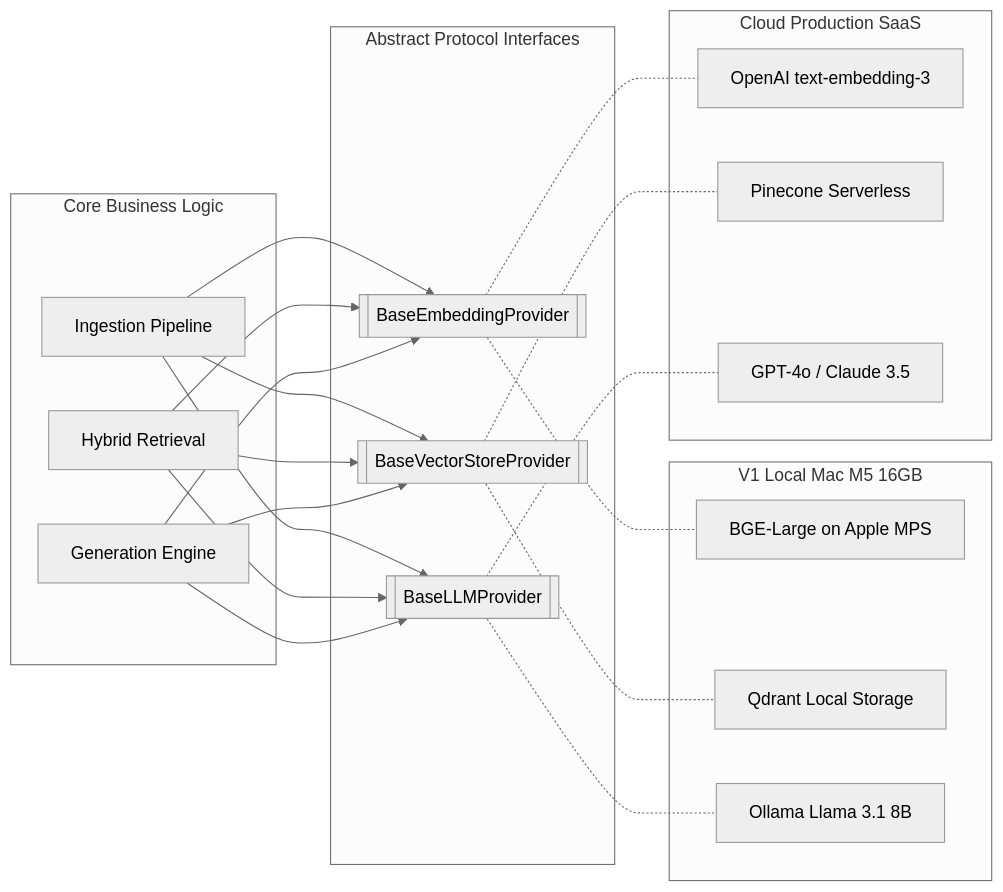
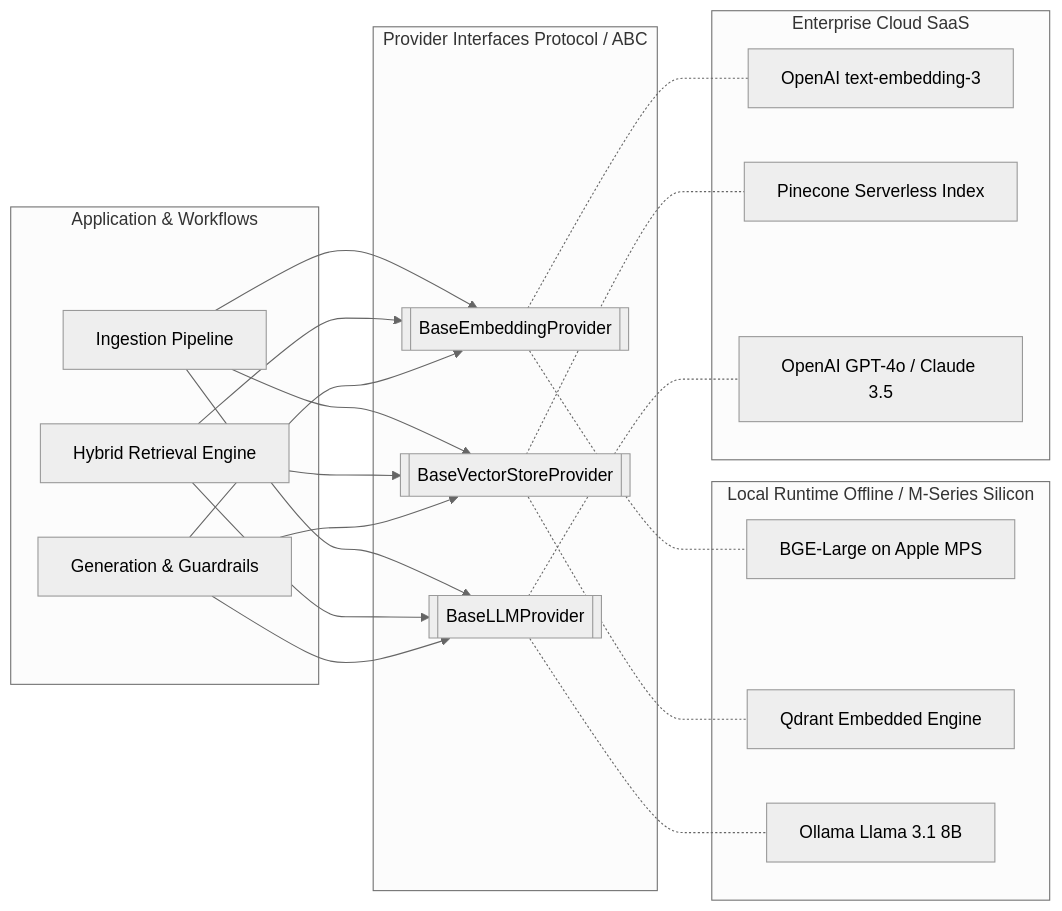
Before and after one commit to ChinmoyJyotiKathar/Invariable-Docs: the first of 3 diagrams in INTERVIEW_REVISION_GUIDE.md, drawn with Mermaid (neutral theme). The commit also changed other lines of this file, not shown here.

Commit message:
docs: standardize and refine architecture and interview reference guide

````diff
--- a/INTERVIEW_REVISION_GUIDE.md
+++ b/INTERVIEW_REVISION_GUIDE.md
@@ -11,31 +11,31 @@
 ```mermaid
 graph LR
-    subgraph Core Business Logic
+    subgraph Application & Workflows
         Ingest[Ingestion Pipeline]
-        Search[Hybrid Retrieval]
-        Gen[Generation Engine]
+        Search[Hybrid Retrieval Engine]
+        Gen[Generation & Guardrails]
     end
 
-    subgraph Abstract Protocol Interfaces
+    subgraph Provider Interfaces Protocol / ABC
         I_Embed[[BaseEmbeddingProvider]]
         I_Vector[[BaseVectorStoreProvider]]
         I_LLM[[BaseLLMProvider]]
     end
 
-    subgraph V1 Local Mac M5 16GB
+    subgraph Local Runtime Offline / M-Series Silicon
         L_Embed[BGE-Large on Apple MPS]
-        L_Vector[Qdrant Local Storage]
+        L_Vector[Qdrant Embedded Engine]
         L_LLM[Ollama Llama 3.1 8B]
     end
 
-    subgraph Cloud Production SaaS
+    subgraph Enterprise Cloud SaaS
         C_Embed[OpenAI text-embedding-3]
-        C_Vector[Pinecone Serverless]
-        C_LLM[GPT-4o / Claude 3.5]
+        C_Vector[Pinecone Serverless Index]
+        C_LLM[OpenAI GPT-4o / Claude 3.5]
     end
 
     Ingest & Search & Gen --> I_Embed & I_Vector & I_LLM
     I_Embed -.- L_Embed & C_Embed
     I_Vector -.- L_Vector & C_Vector
     I_LLM -.- L_LLM & C_LLM
 ```
````
